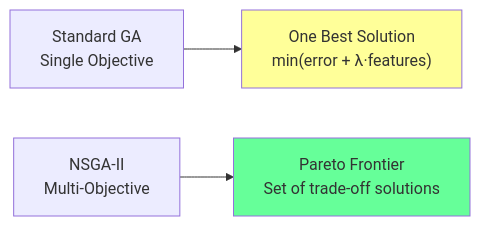
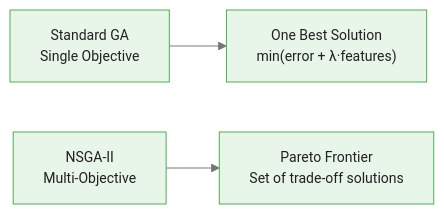
One commit to m-deane/course-creator changed the first of 5 diagrams in courses/genetic-algorithms-feature-selection/modules/module_05_advanced/guides/01_advanced_techniques_slides.md. Above: the diagram before and after it, drawn with Mermaid. The commit also changed other lines of this file and 52 other files, not shown here.

````diff
--- a/courses/genetic-algorithms-feature-selection/modules/module_05_advanced/guides/01_advanced_techniques_slides.md
+++ b/courses/genetic-algorithms-feature-selection/modules/module_05_advanced/guides/01_advanced_techniques_slides.md
@@ -24,7 +24,6 @@
 ```mermaid
+%%{init: {"theme": "base", "themeVariables": {"primaryColor": "#e8f5e9", "primaryBorderColor": "#4caf50", "primaryTextColor": "#212121", "secondaryColor": "#e3f2fd", "tertiaryColor": "#fff8e1", "lineColor": "#757575", "fontFamily": "Inter, sans-serif", "fontSize": "14px"}}}%%
 flowchart LR
     A["Standard GA<br/>Single Objective"] --> B["One Best Solution<br/>min(error + λ·features)"]
     C["NSGA-II<br/>Multi-Objective"] --> D["Pareto Frontier<br/>Set of trade-off solutions"]
-    style B fill:#ff9
-    style D fill:#6f9
 ```
````
